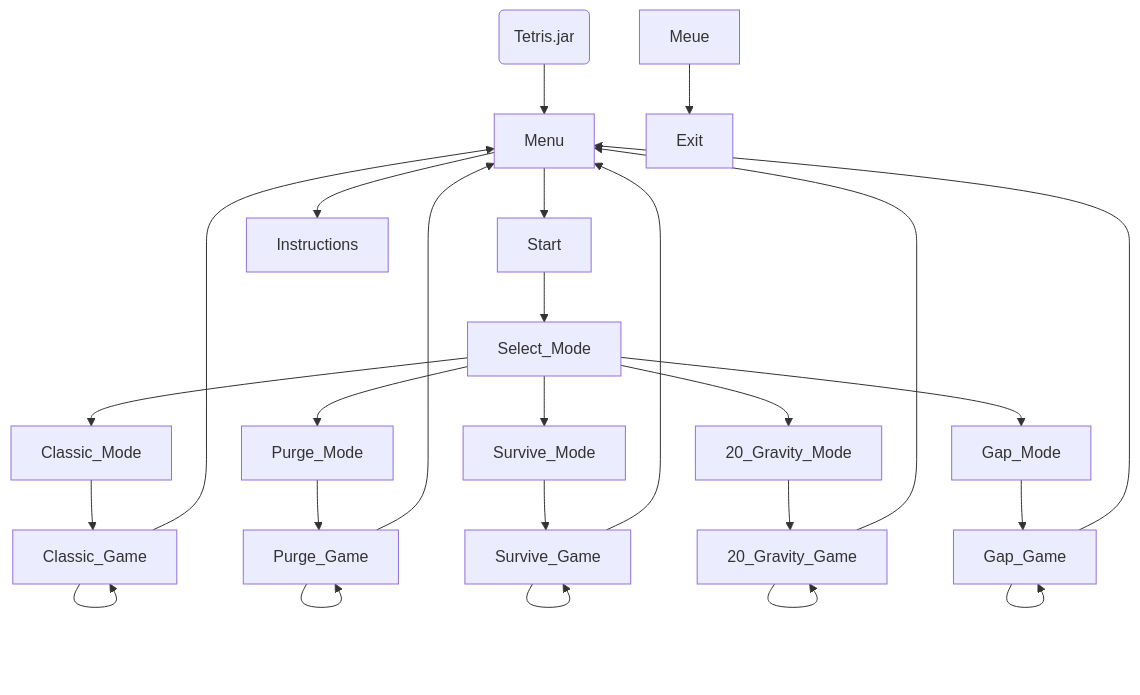
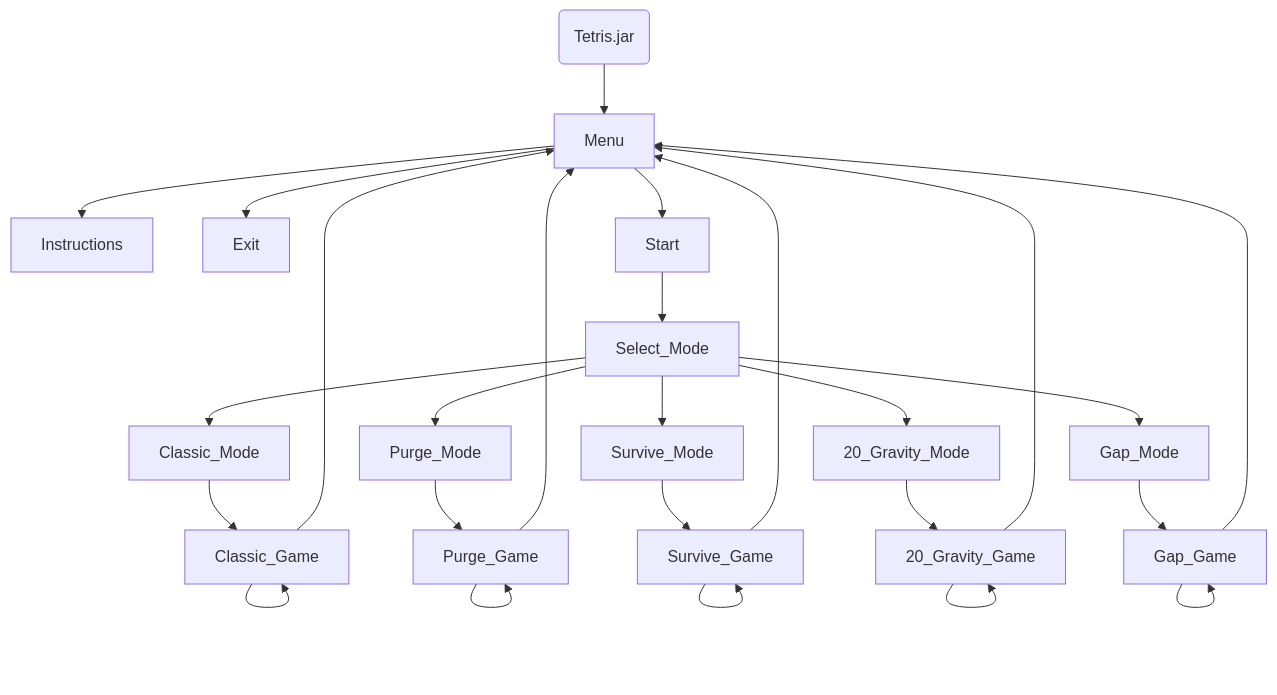
The second of 3 diagrams in README.md (sheng-luen-chung/JAVA_11302_Project), drawn with Mermaid before and after one commit.

````diff
--- a/README.md
+++ b/README.md
@@ -534,34 +534,34 @@
 ```mermaid
     flowchart TD
     Execute(Tetris.jar)
     Execute --> Menu
+    Menu --> Instructions
+    Menu --> Exit
 
     Menu --> Start
-    Menu --> Instructions
-    Meue --> Exit
 
     Start --> Select_Mode
 
     Select_Mode --> Classic_Mode
     Select_Mode --> Purge_Mode
     Select_Mode --> Survive_Mode
     Select_Mode --> 20_Gravity_Mode
     Select_Mode --> Gap_Mode
 
     Classic_Mode --> Classic_Game
     Purge_Mode --> Purge_Game
     Survive_Mode --> Survive_Game
     20_Gravity_Mode --> 20_Gravity_Game
     Gap_Mode --> Gap_Game
 
     Classic_Game --> Menu
     Purge_Game --> Menu
     Survive_Game --> Menu
     20_Gravity_Game --> Menu
     Gap_Game --> Menu
     Classic_Game --> Classic_Game 
     Purge_Game --> Purge_Game
     Survive_Game --> Survive_Game
     20_Gravity_Game --> 20_Gravity_Game
     Gap_Game --> Gap_Game
 ```
````
